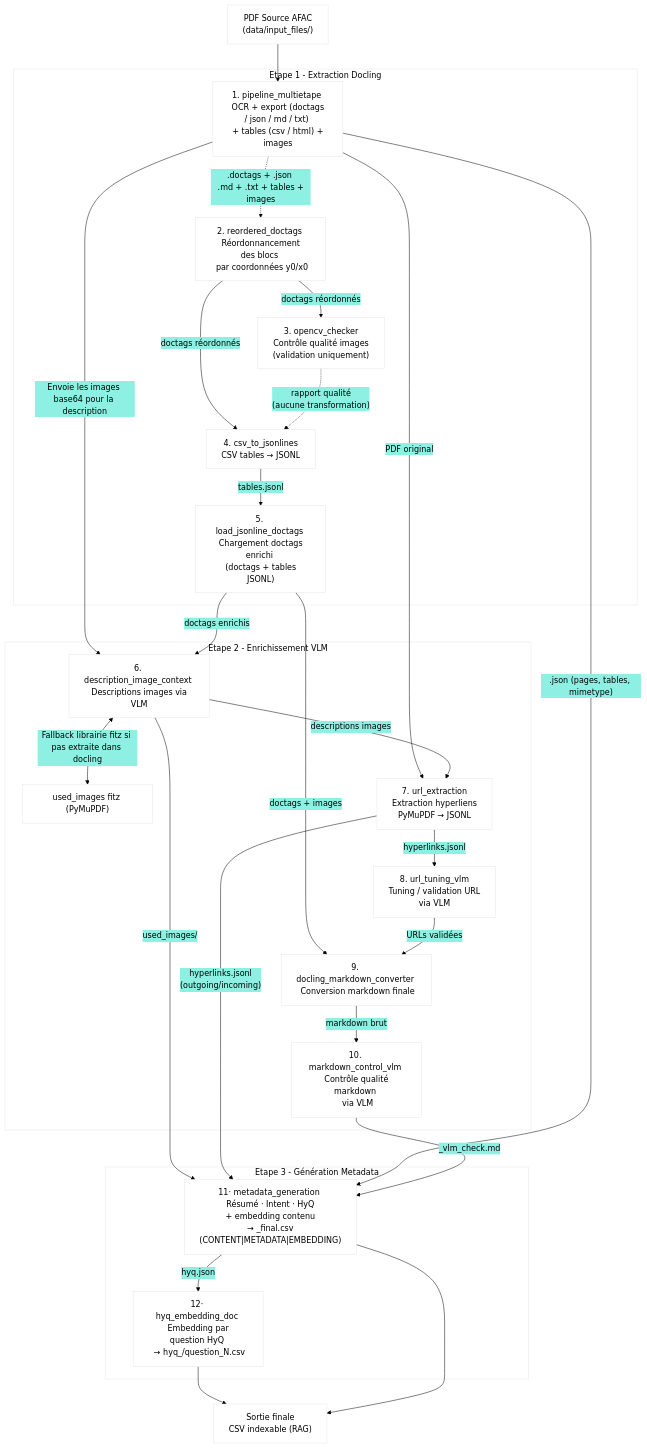
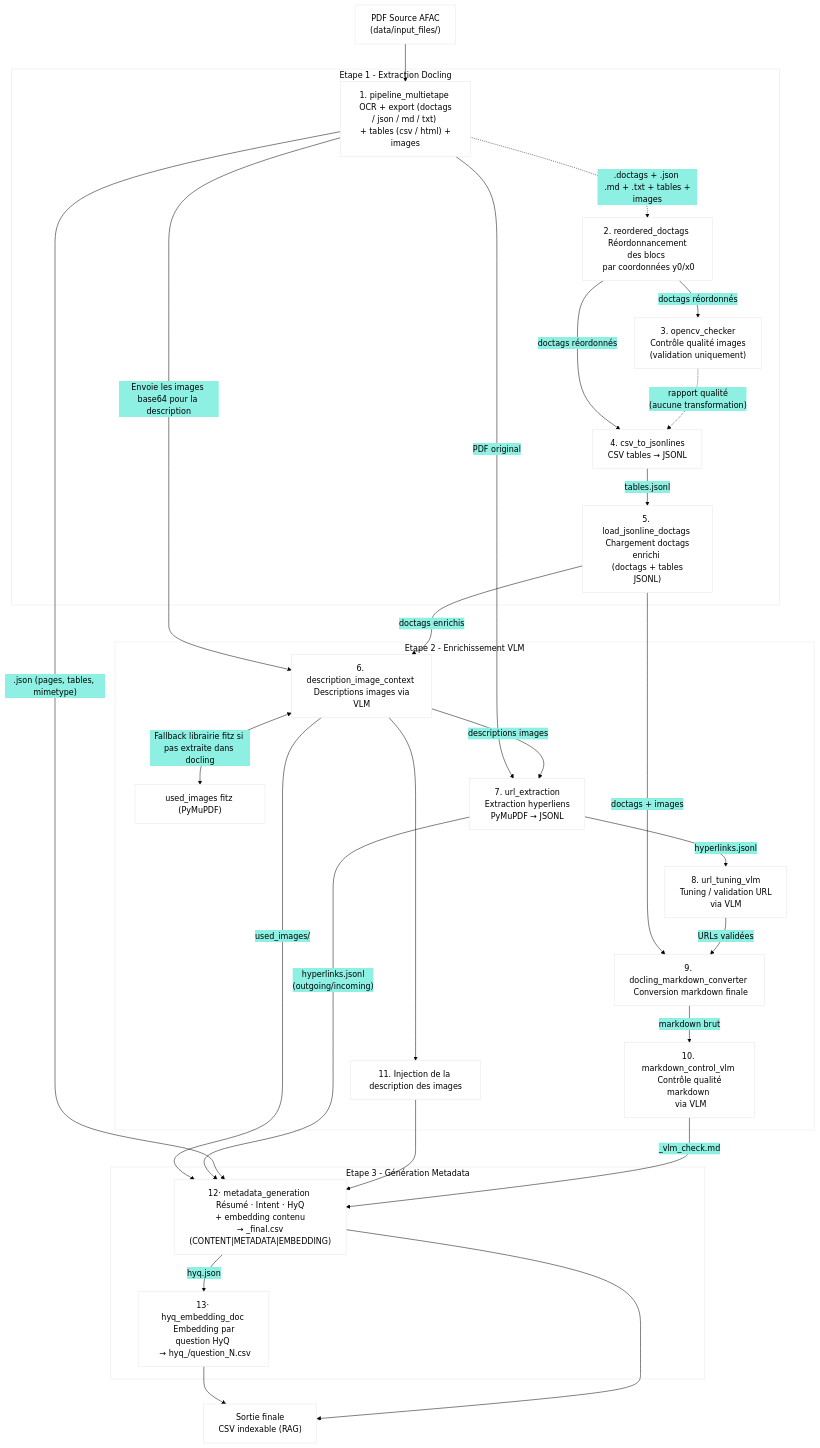
Before and after one commit to CdC-SI/preprocessing: the diagram in src/afac-preprocessing/docs/mermaid.md, drawn with Mermaid. The commit also changed 9 other files, not shown here.

Commit message:
Mise à jour des readme.me et prompt + ajout script pour injeter correctement les descriptions des images après le deuxième vlm check pour éviter les problèmes de suppression

````diff
--- a/src/afac-preprocessing/docs/mermaid.md
+++ b/src/afac-preprocessing/docs/mermaid.md
@@ -4,60 +4,63 @@
 ```mermaid
 ---
 config:
   theme: 'base'
   themeVariables:
     primaryColor: '#FFF'
     primaryTextColor: '#000'
     lineColor: '#000'
     secondaryColor: '#8ef0e3ff'
 ---
 flowchart TD
     PDF["PDF Source AFAC \n (data/input_files/)"]
 
     subgraph BASE["Etape 1 - Extraction Docling"]
         S01["1. pipeline_multietape \n OCR + export (doctags / json / md / txt) \n + tables (csv / html) + images"]
         S02["2. reordered_doctags \n Réordonnancement des blocs \n par coordonnées y0/x0"]
         S03["3. opencv_checker \n Contrôle qualité images \n (validation uniquement)"]
         S04["4. csv_to_jsonlines \n CSV tables → JSONL"]
         S05["5. load_jsonline_doctags \n Chargement doctags enrichi \n (doctags + tables JSONL)"]
     end
 
     subgraph VLM_TUNING["Etape 2 - Enrichissement VLM"]
         S06["6. description_image_context \n Descriptions images via VLM"]
         S06bis["used_images fitz (PyMuPDF)"]
         S07["7. url_extraction \n Extraction hyperliens \n PyMuPDF → JSONL"]
         S08["8. url_tuning_vlm \n Tuning / validation URL \n via VLM"]
         S09["9. docling_markdown_converter \n Conversion markdown finale"]
         S10["10. markdown_control_vlm \n Contrôle qualité markdown \n via VLM"]
+        S11["11. Injection de la description des images"]
     end
 
     subgraph METADATA["Etape 3 - Génération Metadata"]
-        S11["11· metadata_generation \n Résumé · Intent · HyQ \n + embedding contenu \n → _final.csv (CONTENT|METADATA|EMBEDDING)"]
-        S12["12· hyq_embedding_doc \n Embedding par question HyQ \n → hyq_<doc>/question_N.csv"]
+        S12["12· metadata_generation \n Résumé · Intent · HyQ \n + embedding contenu \n → _final.csv (CONTENT|METADATA|EMBEDDING)"]
+        S13["13· hyq_embedding_doc \n Embedding par question HyQ \n → hyq_<doc>/question_N.csv"]
     end
 
     OUT["Sortie finale \n CSV indexable (RAG)"]
 
     PDF --> S01
     S01 -.->|".doctags + .json \n .md + .txt + tables + images"| S02
     S02 -->|"doctags réordonnés"| S03
     S03 -.->|"rapport qualité \n (aucune transformation)"| S04
     S02 -->|"doctags réordonnés"| S04
     S04 -->|"tables.jsonl"| S05
     S05 -->|"doctags enrichis"| S06
     S06 -->|"descriptions images"| S07
     S06 <-->|"Fallback librairie fitz si pas extraite dans docling"|S06bis
+    S06 --> S11
     S01 -->|"Envoie les images base64 pour la description"| S06
     S01 -->|"PDF original"| S07
     S07 -->|"hyperlinks.jsonl"| S08
     S08 -->|"URLs validées"| S09
     S05 -->|"doctags + images"| S09
     S09 -->|"markdown brut"| S10
-    S10 -->|"_vlm_check.md"| S11
-    S01 -->|".json (pages, tables, mimetype)"| S11
-    S07 -->|"hyperlinks.jsonl \n (outgoing/incoming)"| S11
-    S06 -->|"used_images/"| S11
-    S11 -->|"hyq.json"| S12
-    S11 --> OUT
+    S10 -->|"_vlm_check.md"| S12
+    S11 --> S12
+    S01 -->|".json (pages, tables, mimetype)"| S12
+    S07 -->|"hyperlinks.jsonl \n (outgoing/incoming)"| S12
+    S06 -->|"used_images/"| S12
+    S12 -->|"hyq.json"| S13
     S12 --> OUT
+    S13 --> OUT
 ```
````
